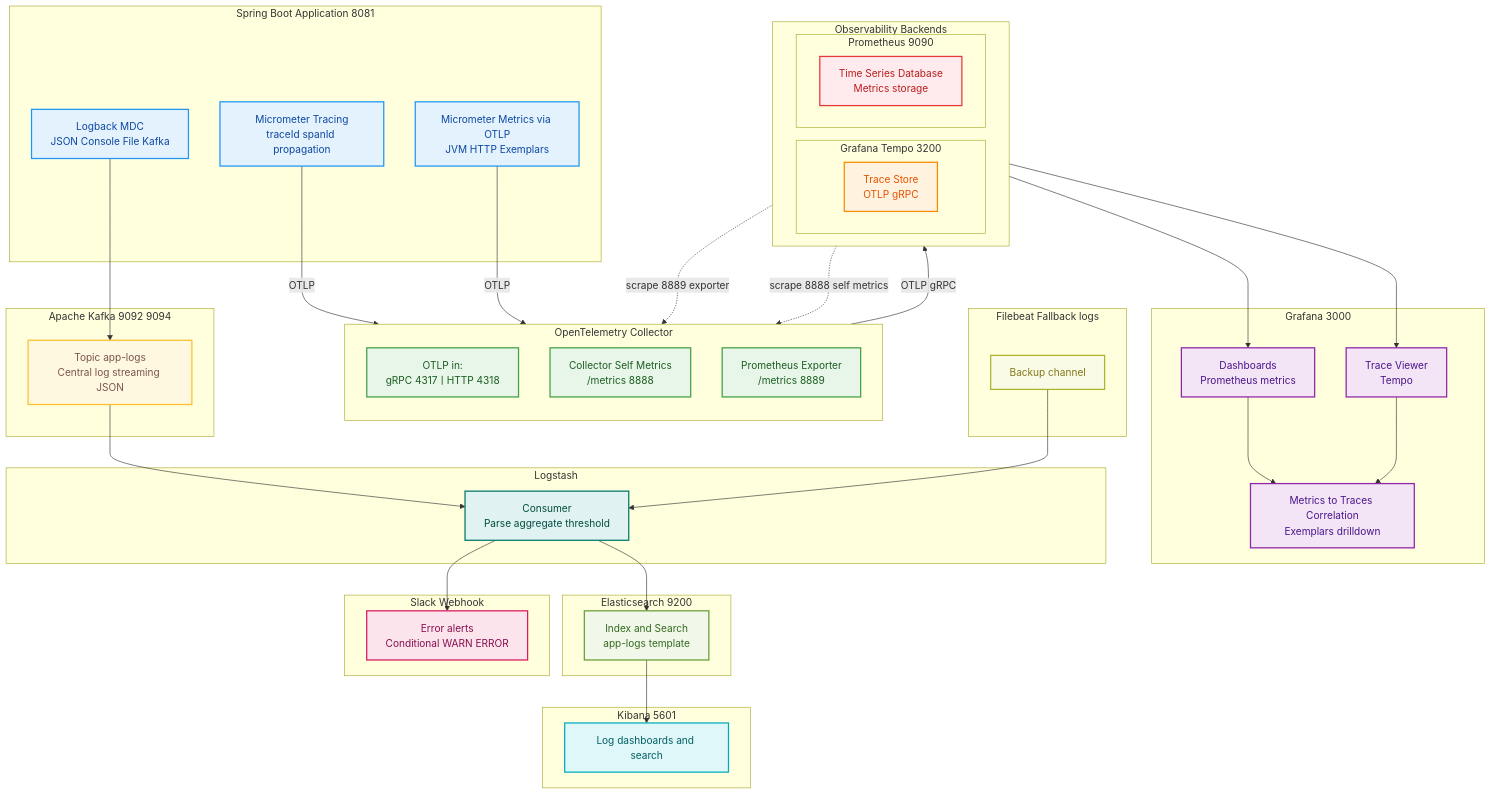
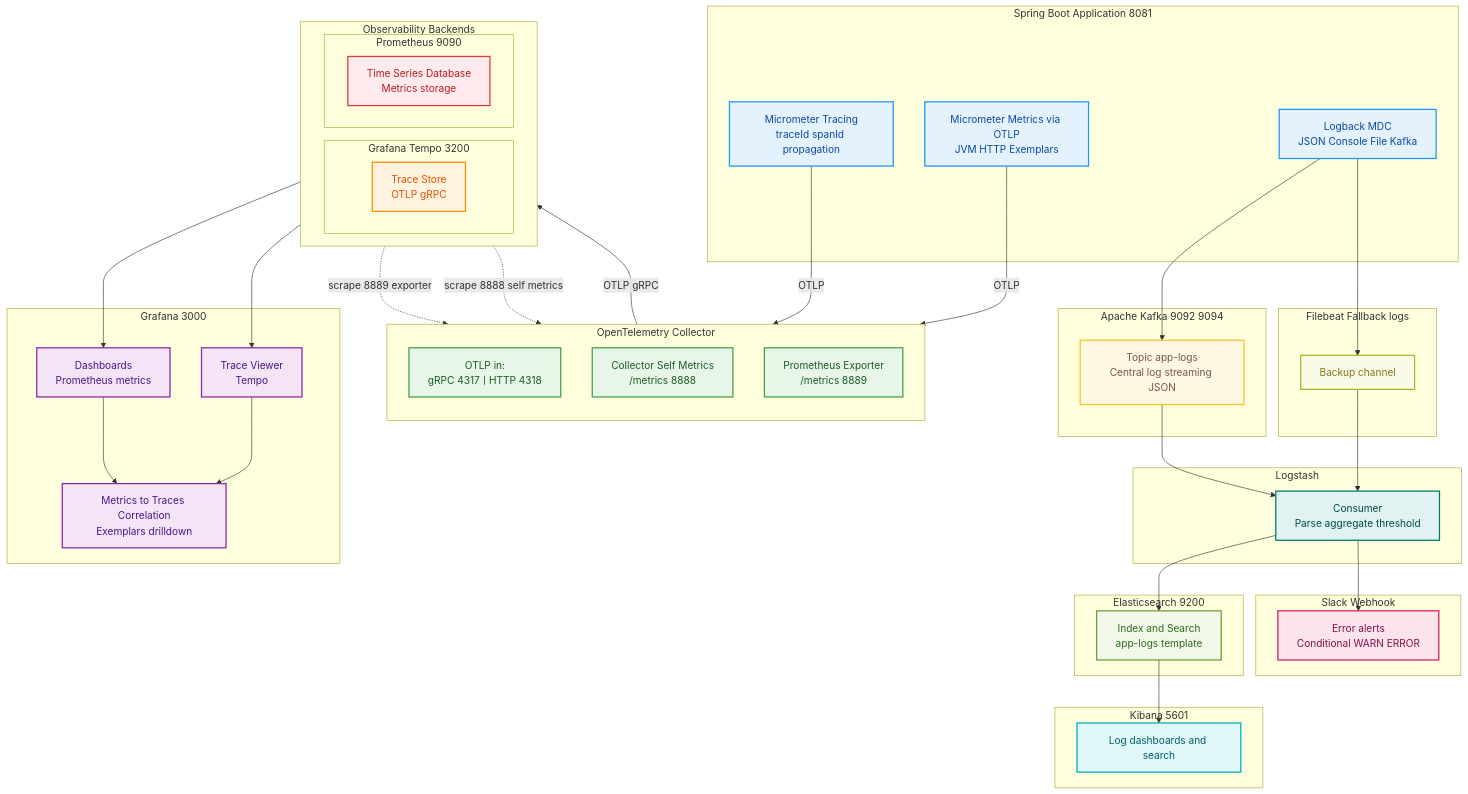
The diagram in README.md (sksmsdlskgus/LogSentry), drawn with Mermaid before and after one commit. The commit also changed other lines of this file, not shown here.

```diff
--- a/README.md
+++ b/README.md
@@ -296,6 +313,7 @@
 
   %% Logs to ELK and Slack
   A3 --> K1
+  A3 --> F1
   K1 --> L1
   L1 --> E1
   E1 --> Kb1
```
